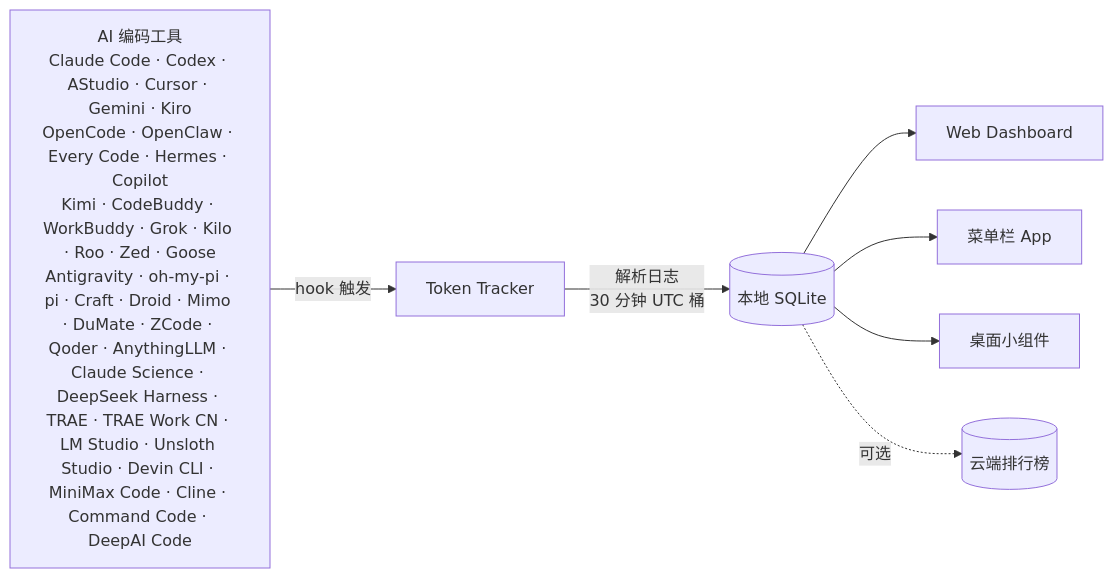
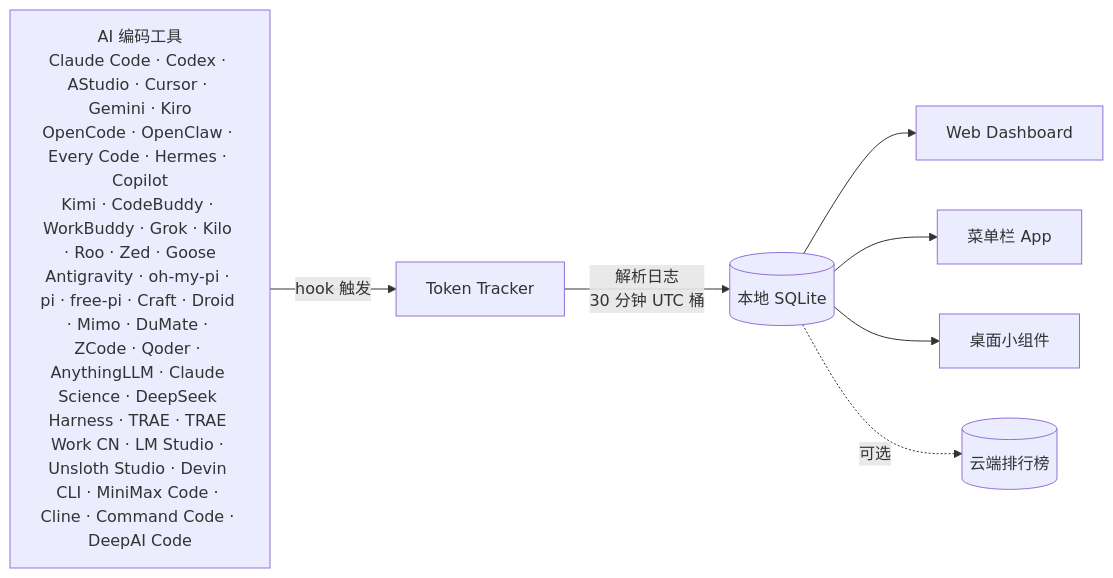
One commit to xiufengsun/TokenTracker changed the diagram in README.zh-CN.md. Above: the diagram before and after it, drawn with Mermaid. The commit also changed other lines of this file and 20 other files, not shown here.

Commit message:
feat(free-pi): add FreePi CLI token tracking

````diff
--- a/README.zh-CN.md
+++ b/README.zh-CN.md
@@ -254,10 +255,10 @@
 ```mermaid
 flowchart LR
-    A["AI 编码工具<br/>Claude Code · Codex · AStudio · Cursor · Gemini · Kiro<br/>OpenCode · OpenClaw · Every Code · Hermes · Copilot<br/>Kimi · CodeBuddy · WorkBuddy · Grok · Kilo · Roo · Zed · Goose<br/>Antigravity · oh-my-pi · pi · Craft · Droid · Mimo · DuMate · ZCode · Qoder · AnythingLLM · Claude Science · DeepSeek Harness · TRAE · TRAE Work CN · LM Studio · Unsloth Studio · Devin CLI · MiniMax Code · Cline · Command Code · DeepAI Code"]
+    A["AI 编码工具<br/>Claude Code · Codex · AStudio · Cursor · Gemini · Kiro<br/>OpenCode · OpenClaw · Every Code · Hermes · Copilot<br/>Kimi · CodeBuddy · WorkBuddy · Grok · Kilo · Roo · Zed · Goose<br/>Antigravity · oh-my-pi · pi · free-pi · Craft · Droid · Mimo · DuMate · ZCode · Qoder · AnythingLLM · Claude Science · DeepSeek Harness · TRAE · TRAE Work CN · LM Studio · Unsloth Studio · Devin CLI · MiniMax Code · Cline · Command Code · DeepAI Code"]
     A -->|hook 触发| B[Token Tracker]
     B -->|解析日志<br/>30 分钟 UTC 桶| C[(本地 SQLite)]
     C --> D[Web Dashboard]
     C --> E[菜单栏 App]
     C --> F[桌面小组件]
     C -.->|可选| G[(云端排行榜)]
 ```
````
